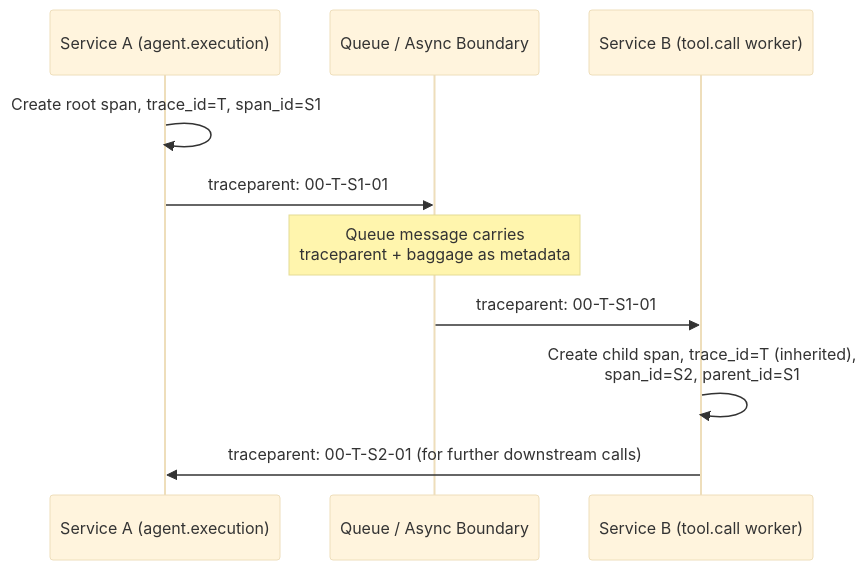
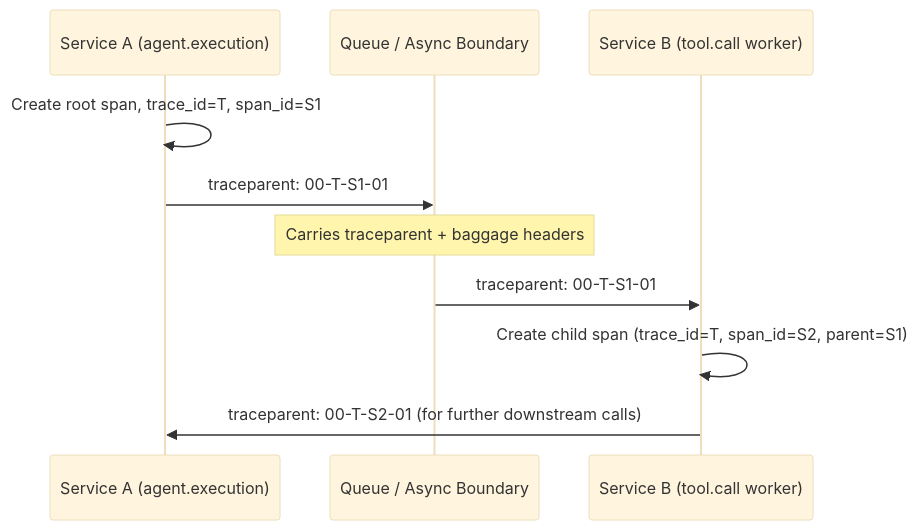
The second of 3 diagrams in learning/agentic-ai-system-design/08-observability-tracing-and-health.md (dsgouda7/ai-portfolio), drawn with Mermaid (base theme) before and after one commit. The commit also changed 11 other files, not shown here.

````diff
--- a/learning/agentic-ai-system-design/08-observability-tracing-and-health.md
+++ b/learning/agentic-ai-system-design/08-observability-tracing-and-health.md
@@ -121,13 +121,13 @@
 ```mermaid
 sequenceDiagram
     participant A as Service A (agent.execution)
     participant Q as Queue / Async Boundary
     participant B as Service B (tool.call worker)
 
     A->>A: Create root span, trace_id=T, span_id=S1
     A->>Q: traceparent: 00-T-S1-01
-    Note over Q: Queue message carries<br/>traceparent + baggage as metadata
+    Note over Q: Carries traceparent + baggage headers
     Q->>B: traceparent: 00-T-S1-01
-    B->>B: Create child span, trace_id=T (inherited),<br/>span_id=S2, parent_id=S1
+    B->>B: Create child span (trace_id=T, span_id=S2, parent=S1)
     B->>A: traceparent: 00-T-S2-01 (for further downstream calls)
 ```
````
